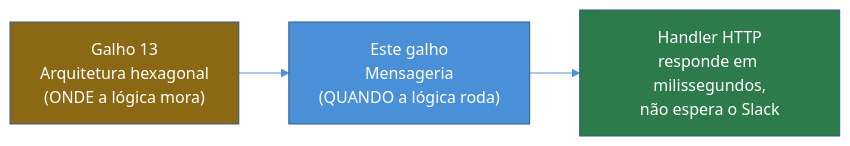
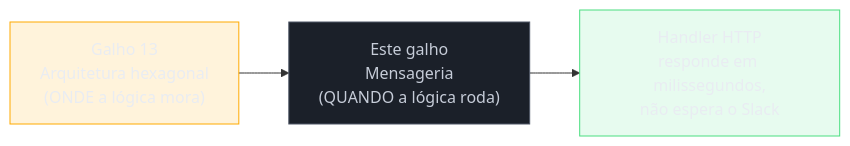
Before and after one commit to josenaldo/codex-technomanticus: the first of 3 diagrams in 03-Dominios/Tecnologia/Python/Mensageria/08 - Capstone — processamento assíncrono na API de Tarefas.md, drawn with Mermaid. The commit also changed other lines of this file and 1181 other files, not shown here.

First line of the commit message:
fix(diagramas): paleta do sistema no lugar de cor cravada no markdown

````diff
--- a/03-Dominios/Tecnologia/Python/Mensageria/08 - Capstone — processamento assíncrono na API de Tarefas.md
+++ b/03-Dominios/Tecnologia/Python/Mensageria/08 - Capstone — processamento assíncrono na API de Tarefas.md
@@ -69,10 +69,12 @@
 ```mermaid
-%%{init: {"theme": "base", "themeVariables": {"primaryColor": "#4A90D9", "primaryBorderColor": "#2E5C8A", "lineColor": "#4A90D9"}}}%%
 flowchart LR
+    classDef destaque fill:#FFAA0024,stroke:#FFAA00,color:#E9ECF2
+    classDef neutro fill:#1B2029,stroke:#4E5666,color:#C6CCD8
+    classDef ok fill:#4ADE8021,stroke:#4ADE80,color:#E9ECF2
     A["Galho 13\nArquitetura hexagonal\n(ONDE a lógica mora)"] --> B["Este galho\nMensageria\n(QUANDO a lógica roda)"]
     B --> C["Handler HTTP\nresponde em milissegundos,\nnão espera o Slack"]
 
-    style A fill:#8b6914,color:#fff
-    style B fill:#4A90D9,color:#fff
-    style C fill:#2d7a4a,color:#fff
+    class A destaque
+    class B neutro
+    class C ok
 ```
````
